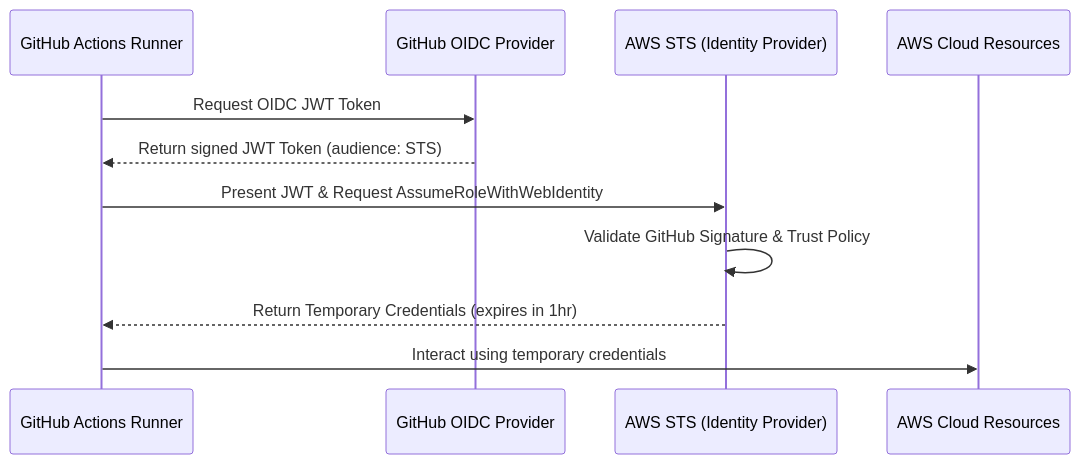
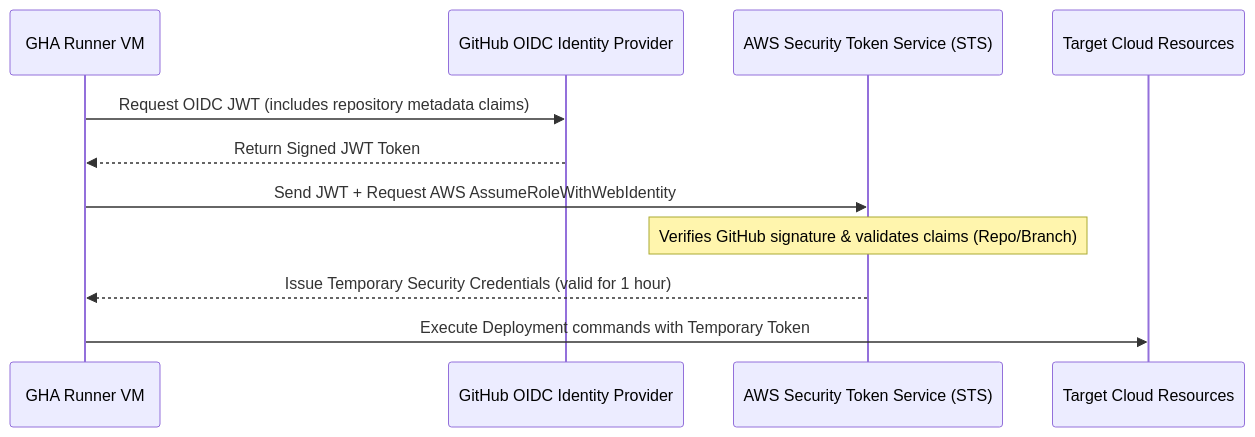
One commit to kmashour/BrainDump changed the second of 2 diagrams in Reference Notes/9-3_github_actions_administration_and_security.md. Above: the diagram before and after it, drawn with Mermaid. The commit also changed other lines of this file and 52 other files, not shown here.

````diff
--- a/Reference Notes/9-3_github_actions_administration_and_security.md
+++ b/Reference Notes/9-3_github_actions_administration_and_security.md
@@ -134,14 +83,14 @@
 ```mermaid
 sequenceDiagram
-    participant Runner as GitHub Actions Runner
-    participant GHOIDC as GitHub OIDC Provider
-    participant STS as AWS STS (Identity Provider)
-    participant Cloud as AWS Cloud Resources
+    participant Runner as GHA Runner VM
+    participant OIDC as GitHub OIDC Identity Provider
+    participant AWS as AWS Security Token Service (STS)
+    participant Cloud as Target Cloud Resources
 
-    Runner->>GHOIDC: Request OIDC JWT Token
-    GHOIDC-->>Runner: Return signed JWT Token (audience: STS)
-    Runner->>STS: Present JWT & Request AssumeRoleWithWebIdentity
-    STS->>STS: Validate GitHub Signature & Trust Policy
-    STS-->>Runner: Return Temporary Credentials (expires in 1hr)
-    Runner->>Cloud: Interact using temporary credentials
+    Runner->>OIDC: Request OIDC JWT (includes repository metadata claims)
+    OIDC-->>Runner: Return Signed JWT Token
+    Runner->>AWS: Send JWT + Request AWS AssumeRoleWithWebIdentity
+    Note over AWS: Verifies GitHub signature & validates claims (Repo/Branch)
+    AWS-->>Runner: Issue Temporary Security Credentials (valid for 1 hour)
+    Runner->>Cloud: Execute Deployment commands with Temporary Token
 ```
````
